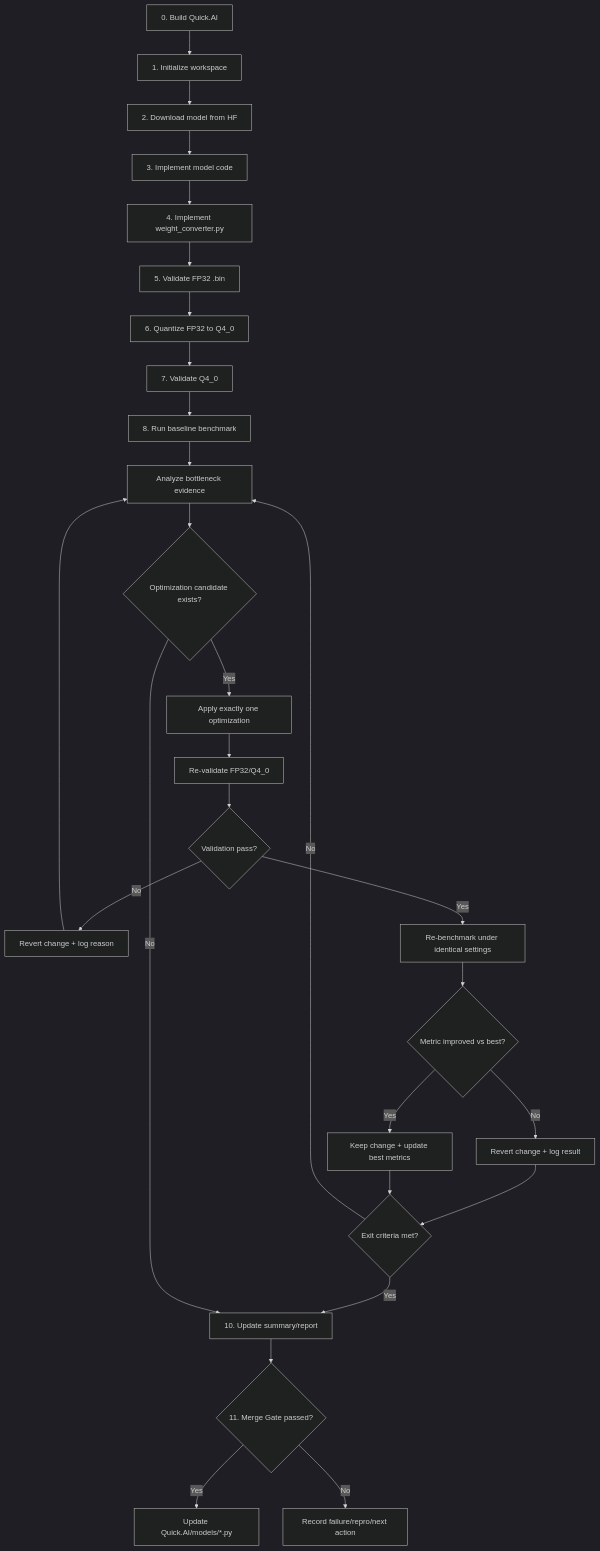
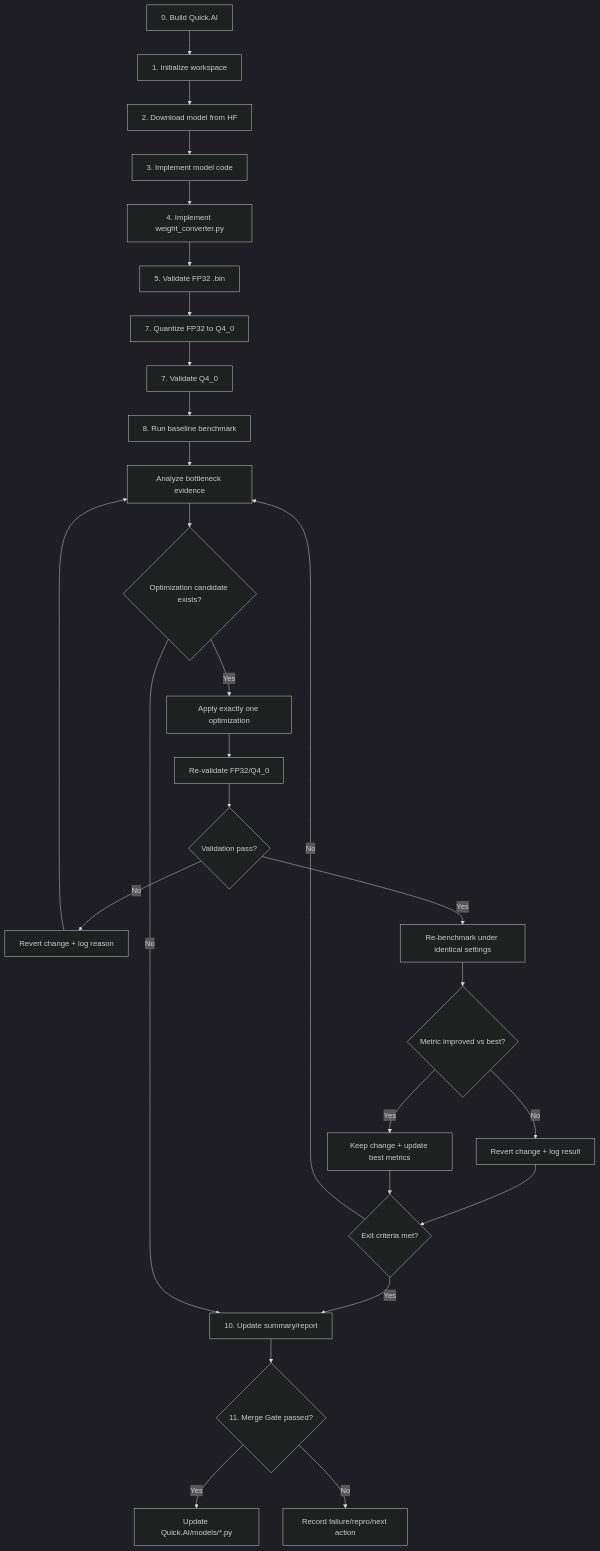
The diagram in tools/model_onboarding_agent/AGENT_ROLE.md (Jungwon-Lee/Quick.AI), drawn with Mermaid (dark theme) before and after one commit. The commit also changed other lines of this file and 1 other file, not shown here.

````diff
--- a/tools/model_onboarding_agent/AGENT_ROLE.md
+++ b/tools/model_onboarding_agent/AGENT_ROLE.md
@@ -239,33 +236,33 @@
 ```mermaid
 flowchart TD
     Z[0. Build Quick.AI] --> A[1. Initialize workspace]
     A --> B[2. Download model from HF]
     B --> C[3. Implement model code]
     C --> D[4. Implement weight_converter.py]
     D --> E[5. Validate FP32 .bin]
-    E --> F[6. Quantize FP32 to Q4_0]
+    E --> F[7. Quantize FP32 to Q4_0]
     F --> G[7. Validate Q4_0]
 
     G --> H[8. Run baseline benchmark]
     H --> I[Analyze bottleneck evidence]
     I --> J{Optimization candidate exists?}
 
     J -->|Yes| K[Apply exactly one optimization]
     K --> L[Re-validate FP32/Q4_0]
     L --> M{Validation pass?}
     M -->|No| N[Revert change + log reason]
     N --> I
     M -->|Yes| O[Re-benchmark under identical settings]
     O --> P{Metric improved vs best?}
     P -->|No| Q[Revert change + log result]
     Q --> R{Exit criteria met?}
     P -->|Yes| S[Keep change + update best metrics]
     S --> R
     R -->|No| I
     R -->|Yes| T[10. Update summary/report]
 
     J -->|No| T
     T --> U{11. Merge Gate passed?}
     U -->|Yes| V[Update Quick.AI/models/*.py]
     U -->|No| W[Record failure/repro/next action]
 ```
````
